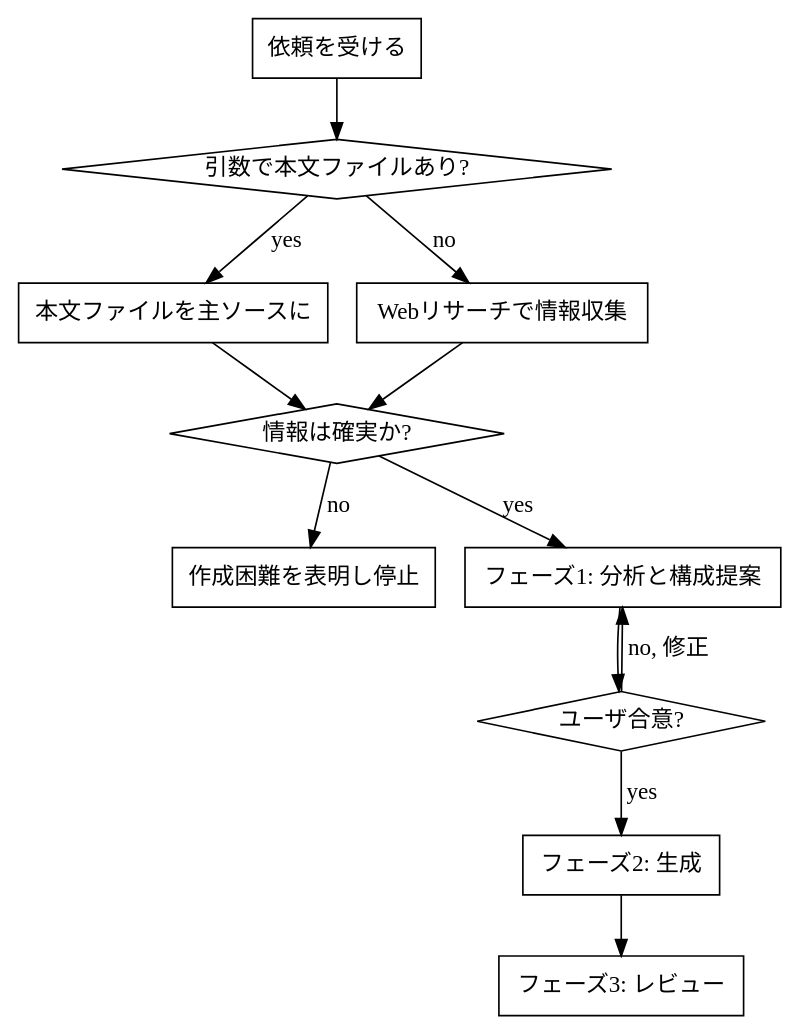
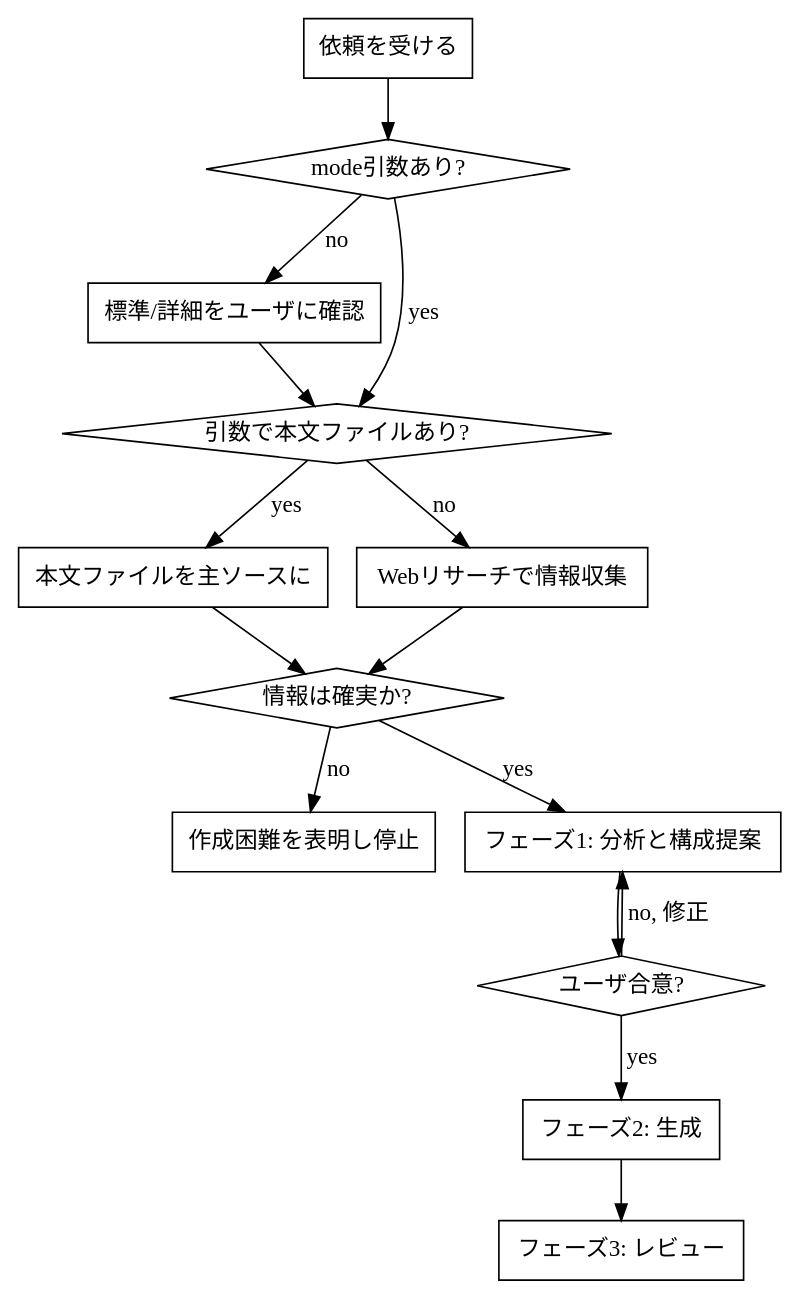
Before and after one commit to swallowarc/swallowarc-ai-plugins: the diagram in plugins/swallowarc/skills/book-summary-html/SKILL.md, drawn with Graphviz. The commit also changed other lines of this file and 2 other files, not shown here.

````diff
--- a/plugins/swallowarc/skills/book-summary-html/SKILL.md
+++ b/plugins/swallowarc/skills/book-summary-html/SKILL.md
@@ -19,26 +22,31 @@
 ```dot
 digraph gate {
   "依頼を受ける" [shape=box];
+  "mode引数あり?" [shape=diamond];
+  "標準/詳細をユーザに確認" [shape=box];
   "引数で本文ファイルあり?" [shape=diamond];
   "本文ファイルを主ソースに" [shape=box];
   "Webリサーチで情報収集" [shape=box];
   "情報は確実か?" [shape=diamond];
   "作成困難を表明し停止" [shape=box];
   "フェーズ1: 分析と構成提案" [shape=box];
   "ユーザ合意?" [shape=diamond];
   "フェーズ2: 生成" [shape=box];
   "フェーズ3: レビュー" [shape=box];
 
-  "依頼を受ける" -> "引数で本文ファイルあり?";
+  "依頼を受ける" -> "mode引数あり?";
+  "mode引数あり?" -> "標準/詳細をユーザに確認" [label="no"];
+  "mode引数あり?" -> "引数で本文ファイルあり?" [label="yes"];
+  "標準/詳細をユーザに確認" -> "引数で本文ファイルあり?";
   "引数で本文ファイルあり?" -> "本文ファイルを主ソースに" [label="yes"];
   "引数で本文ファイルあり?" -> "Webリサーチで情報収集" [label="no"];
   "本文ファイルを主ソースに" -> "情報は確実か?";
   "Webリサーチで情報収集" -> "情報は確実か?";
   "情報は確実か?" -> "作成困難を表明し停止" [label="no"];
   "情報は確実か?" -> "フェーズ1: 分析と構成提案" [label="yes"];
   "フェーズ1: 分析と構成提案" -> "ユーザ合意?";
   "ユーザ合意?" -> "フェーズ1: 分析と構成提案" [label="no, 修正"];
   "ユーザ合意?" -> "フェーズ2: 生成" [label="yes"];
   "フェーズ2: 生成" -> "フェーズ3: レビュー";
 }
 ```
````
